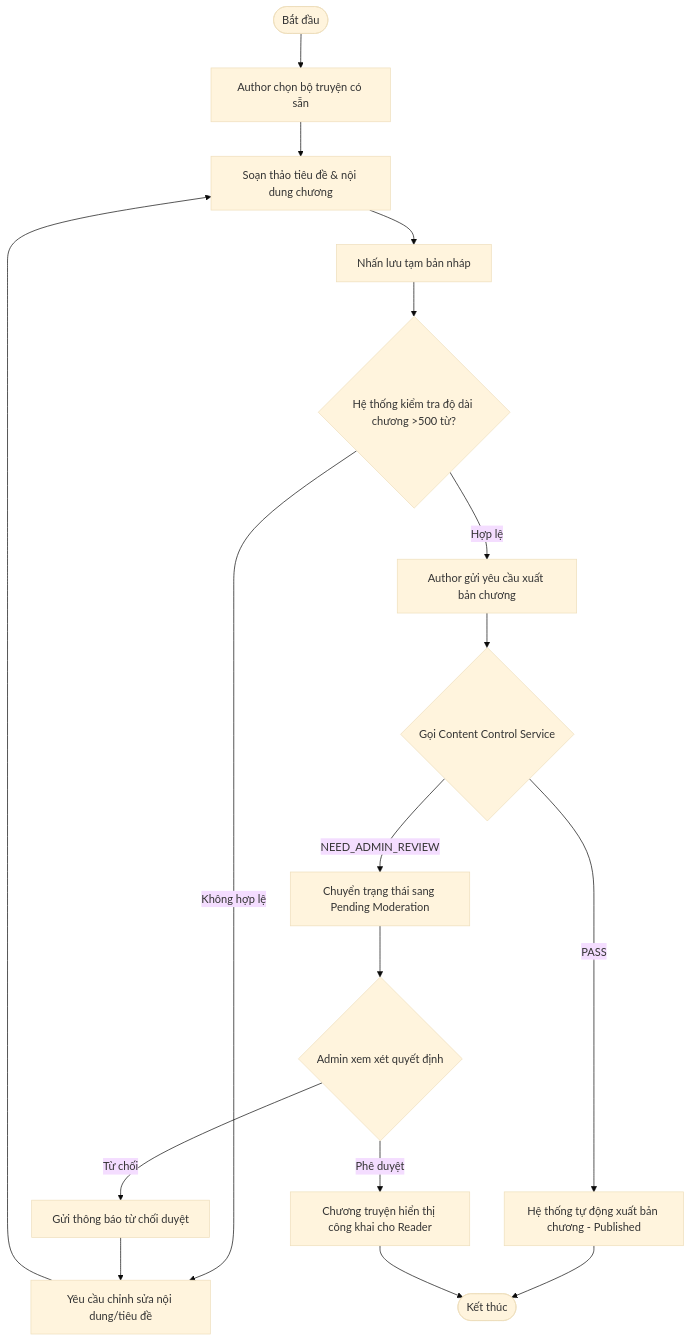
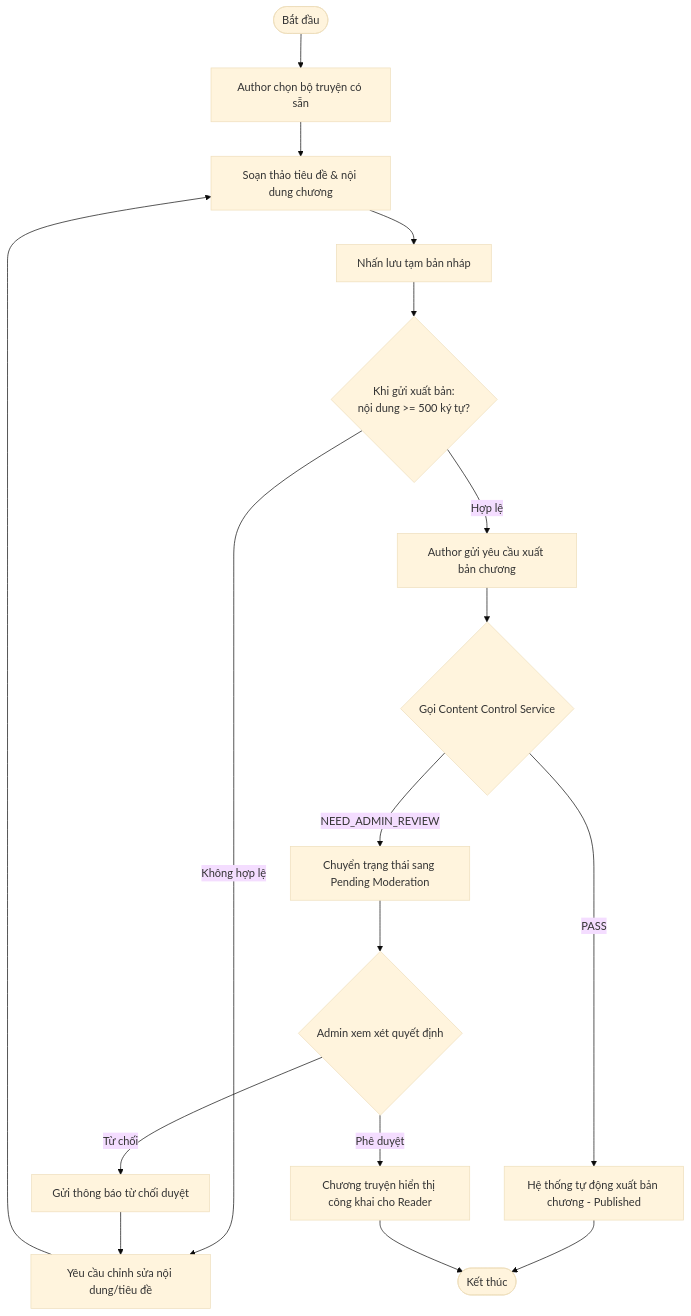
The second of 5 diagrams in docs/SRS/novel-chapter-service.md (Ephurin/Novel_sharing_platform), drawn with Mermaid (base theme) before and after one commit. The commit also changed other lines of this file and 5 other files, not shown here.

````diff
--- a/docs/SRS/novel-chapter-service.md
+++ b/docs/SRS/novel-chapter-service.md
@@ -62,25 +62,25 @@
 ```mermaid
 flowchart TD
     Start([Bắt đầu]) --> SelectNovel[Author chọn bộ truyện có sẵn]
     SelectNovel --> WriteChapter[Soạn thảo tiêu đề & nội dung chương]
     WriteChapter --> SaveDraft[Nhấn lưu tạm bản nháp]
     
-    SaveDraft --> FormatCheck{Hệ thống kiểm tra độ dài chương >500 từ?}
+    SaveDraft --> FormatCheck{Khi gửi xuất bản: <br> nội dung >= 500 ký tự?}
     FormatCheck -->|Không hợp lệ| EditChapter[Yêu cầu chỉnh sửa nội dung/tiêu đề]
     EditChapter --> WriteChapter
     
     FormatCheck -->|Hợp lệ| SendPublish[Author gửi yêu cầu xuất bản chương]
     SendPublish --> ContentControl{Gọi Content Control Service}
     
     ContentControl -->|PASS| AutoPublish[Hệ thống tự động xuất bản chương - Published]
     ContentControl -->|NEED_ADMIN_REVIEW| PendingQueue[Chuyển trạng thái sang Pending Moderation]
     
     PendingQueue --> AdminReview{Admin xem xét quyết định}
     AdminReview -->|Từ chối| RejectChapter[Gửi thông báo từ chối duyệt]
     RejectChapter --> EditChapter
     
     AdminReview -->|Phê duyệt| OpenRead[Chương truyện hiển thị công khai cho Reader]
     
     AutoPublish --> End([Kết thúc])
     OpenRead --> End
 ```
````
